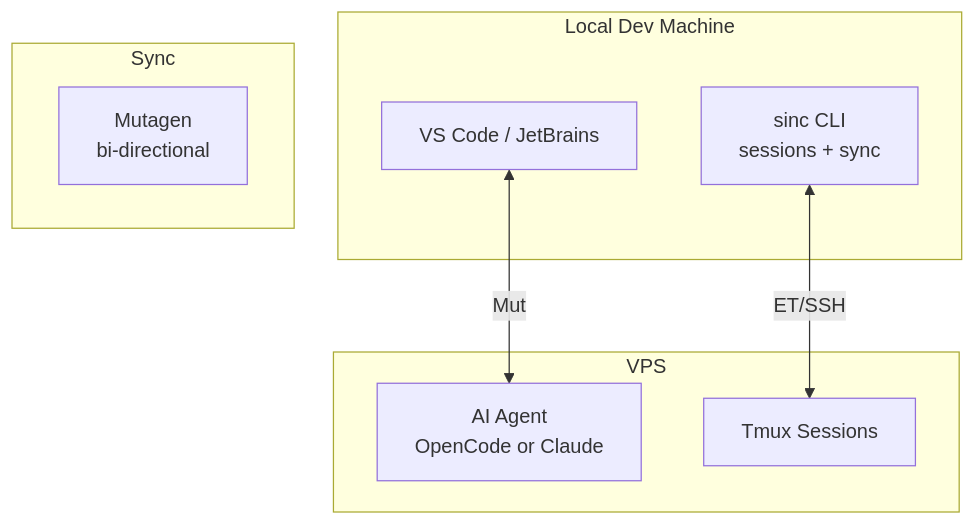
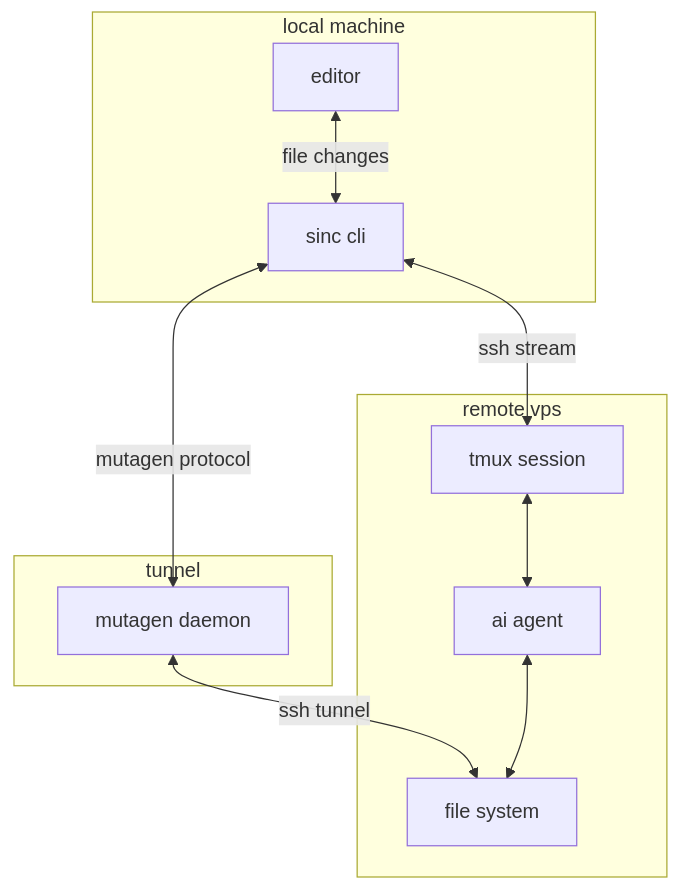
One commit to Microck/sincronizado changed the diagram in README.md. Above: the diagram before and after it, drawn with Mermaid. The commit also changed other lines of this file and 17 other files, not shown here.

Commit message:
docs: complete overhaul of documentation files feat: improve mutagen sync options and error handling

````diff
--- a/README.md
+++ b/README.md
@@ -23,19 +48,24 @@
 ```mermaid
 graph TB
-    subgraph Local["Local Dev Machine"]
-        VS[VS Code / JetBrains]
-        CLI[sinc CLI<br/>sessions + sync]
+    subgraph local ["local machine"]
+        vs[editor]
+        cli[sinc cli]
     end
 
-    subgraph Sync["Sync"]
-        Mut[Mutagen<br/>bi-directional]
+    subgraph sync ["tunnel"]
+        mut[mutagen daemon]
     end
 
-    subgraph VPS["VPS"]
-        AI[AI Agent<br/>OpenCode or Claude]
-        TM[Tmux Sessions]
+    subgraph vps ["remote vps"]
+        agent[ai agent]
+        tmux[tmux session]
+        fs[file system]
     end
 
-    VS <-->|Mut| AI
-    CLI <-->|ET/SSH| TM
+    vs <-->|file changes| cli
+    cli <-->|mutagen protocol| mut
+    mut <-->|ssh tunnel| fs
+    cli <-->|ssh stream| tmux
+    tmux <--> agent
+    agent <--> fs
 ```
````
